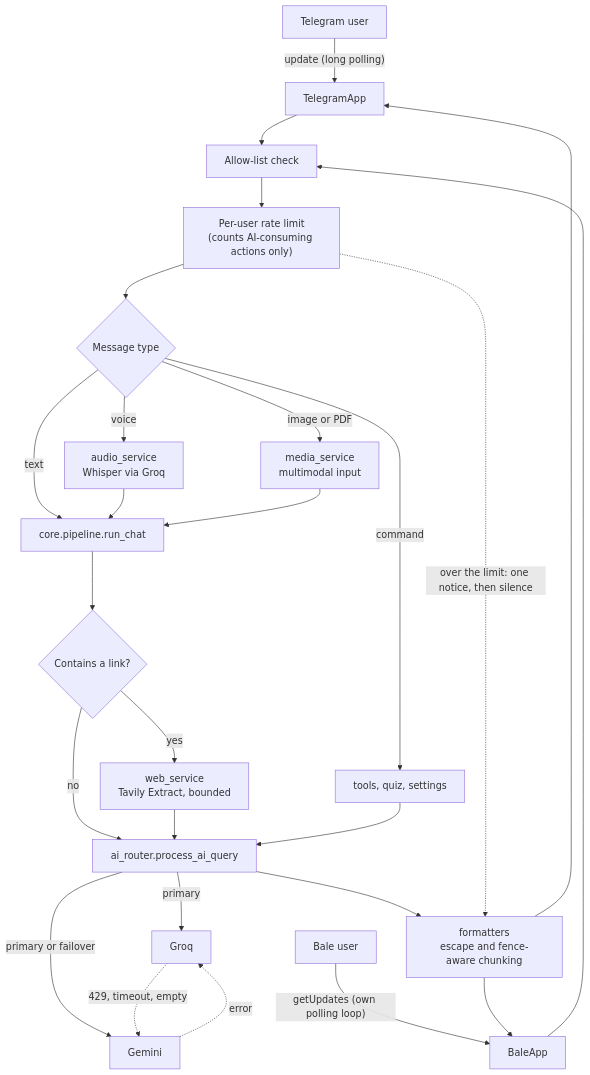
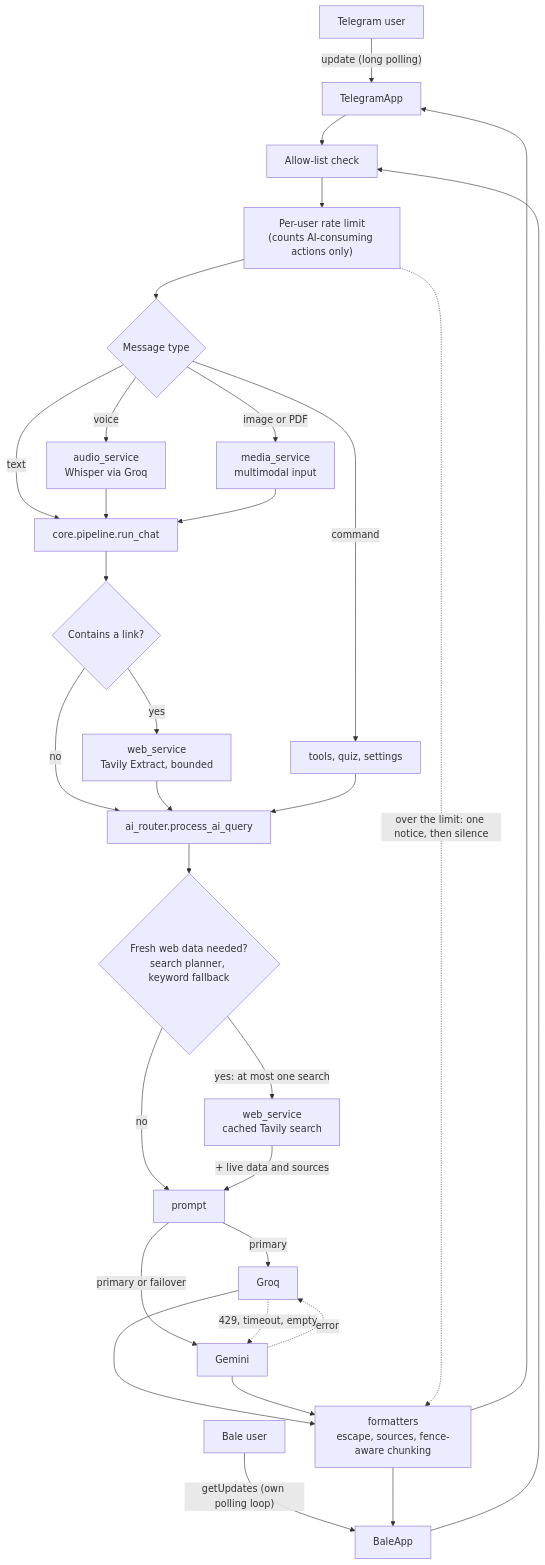
Before and after one commit to mahdi-barzegar-nazari/resilient-ai-gateway: the diagram in README.fa.md, drawn with Mermaid. The commit also changed other lines of this file and 16 other files, not shown here.

First line of the commit message:
Add LLM search planner for smart web search

````diff
--- a/README.fa.md
+++ b/README.fa.md
@@ -151,33 +154,38 @@
 ```mermaid
 flowchart TD
     TGU["Telegram user"] -->|"update (long polling)"| TG["TelegramApp"]
     BLU["Bale user"] -->|"getUpdates (own polling loop)"| BL["BaleApp"]
 
     TG --> AUTH["Allow-list check"]
     BL --> AUTH
     AUTH --> LIMIT["Per-user rate limit<br/>(counts AI-consuming actions only)"]
     LIMIT --> ROUTE{"Message type"}
 
     ROUTE -->|"voice"| STT["audio_service<br/>Whisper via Groq"]
     ROUTE -->|"image or PDF"| MEDIA["media_service<br/>multimodal input"]
     ROUTE -->|"command"| TOOLS["tools, quiz, settings"]
     ROUTE -->|"text"| PIPE["core.pipeline.run_chat"]
     STT --> PIPE
     MEDIA --> PIPE
 
     PIPE --> LINK{"Contains a link?"}
     LINK -->|"yes"| EXTRACT["web_service<br/>Tavily Extract, bounded"]
     LINK -->|"no"| ROUTER["ai_router.process_ai_query"]
     EXTRACT --> ROUTER
     TOOLS --> ROUTER
 
-    ROUTER -->|"primary"| P1["Groq"]
-    ROUTER -->|"primary or failover"| P2["Gemini"]
+    ROUTER --> PLAN{"Fresh web data needed?<br/>search planner, keyword fallback"}
+    PLAN -->|"yes: at most one search"| SEARCH["web_service<br/>cached Tavily search"]
+    PLAN -->|"no"| PROMPT["prompt"]
+    SEARCH -->|"+ live data and sources"| PROMPT
+    PROMPT -->|"primary"| P1["Groq"]
+    PROMPT -->|"primary or failover"| P2["Gemini"]
     P1 -. "429, timeout, empty" .-> P2
     P2 -. "error" .-> P1
 
-    ROUTER --> OUT["formatters<br/>escape and fence-aware chunking"]
+    P1 --> OUT["formatters<br/>escape, sources, fence-aware chunking"]
+    P2 --> OUT
     LIMIT -. "over the limit: one notice, then silence" .-> OUT
     OUT --> TG
     OUT --> BL
 ```
````
